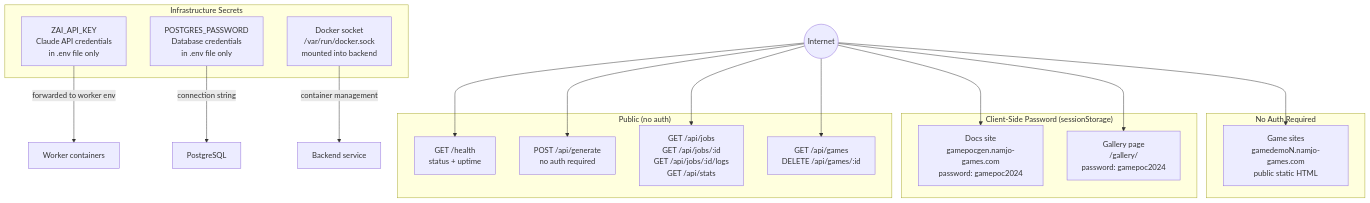
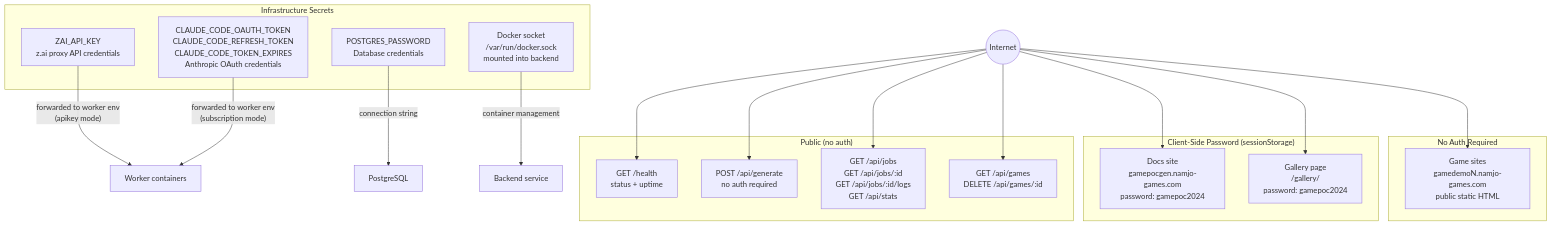
Before and after one commit to J-Gierend/gamePocGen: the first of 9 diagrams in AI/document/11-security.md, drawn with Mermaid. The commit also changed other lines of this file and 12 other files, not shown here.

First line of the commit message:
fix: regenerate all architecture docs from current source

````diff
--- a/AI/document/11-security.md
+++ b/AI/document/11-security.md
@@ -3,36 +3,38 @@
 ```mermaid
 graph TB
     subgraph "Public (no auth)"
-        HEALTH["GET /health\nstatus + uptime"]
-        GENERATE["POST /api/generate\nno auth required"]
-        JOBS["GET /api/jobs\nGET /api/jobs/:id\nGET /api/jobs/:id/logs\nGET /api/stats"]
-        GAMES["GET /api/games\nDELETE /api/games/:id"]
+        HEALTH["GET /health<br/>status + uptime"]
+        GENERATE["POST /api/generate<br/>no auth required"]
+        JOBS["GET /api/jobs<br/>GET /api/jobs/:id<br/>GET /api/jobs/:id/logs<br/>GET /api/stats"]
+        GAMES["GET /api/games<br/>DELETE /api/games/:id"]
     end
 
     subgraph "Client-Side Password (sessionStorage)"
-        DOCS["Docs site\ngamepocgen.namjo-games.com\npassword: gamepoc2024"]
-        GALLERY["Gallery page\n/gallery/\npassword: gamepoc2024"]
+        DOCS["Docs site<br/>gamepocgen.namjo-games.com<br/>password: gamepoc2024"]
+        GALLERY["Gallery page<br/>/gallery/<br/>password: gamepoc2024"]
     end
 
     subgraph "No Auth Required"
-        GAME_SITES["Game sites\ngamedemoN.namjo-games.com\npublic static HTML"]
+        GAME_SITES["Game sites<br/>gamedemoN.namjo-games.com<br/>public static HTML"]
     end
 
     subgraph "Infrastructure Secrets"
-        ZAI["ZAI_API_KEY\nClaude API credentials\nin .env file only"]
-        PG_CRED["POSTGRES_PASSWORD\nDatabase credentials\nin .env file only"]
-        DOCKER_SOCK["Docker socket\n/var/run/docker.sock\nmounted into backend"]
+        ZAI["ZAI_API_KEY<br/>z.ai proxy API credentials"]
+        OAUTH["CLAUDE_CODE_OAUTH_TOKEN<br/>CLAUDE_CODE_REFRESH_TOKEN<br/>CLAUDE_CODE_TOKEN_EXPIRES<br/>Anthropic OAuth credentials"]
+        PG_CRED["POSTGRES_PASSWORD<br/>Database credentials"]
+        DOCKER_SOCK["Docker socket<br/>/var/run/docker.sock<br/>mounted into backend"]
     end
 
     REQ((Internet)) --> HEALTH
     REQ --> GENERATE
     REQ --> JOBS
     REQ --> GAMES
     REQ --> DOCS
     REQ --> GALLERY
     REQ --> GAME_SITES
 
-    ZAI -->|"forwarded to worker env"| WORKER["Worker containers"]
+    ZAI -->|"forwarded to worker env<br/>(apikey mode)"| WORKER["Worker containers"]
+    OAUTH -->|"forwarded to worker env<br/>(subscription mode)"| WORKER
     PG_CRED -->|"connection string"| DB["PostgreSQL"]
     DOCKER_SOCK -->|"container management"| BACKEND["Backend service"]
 ```
````
